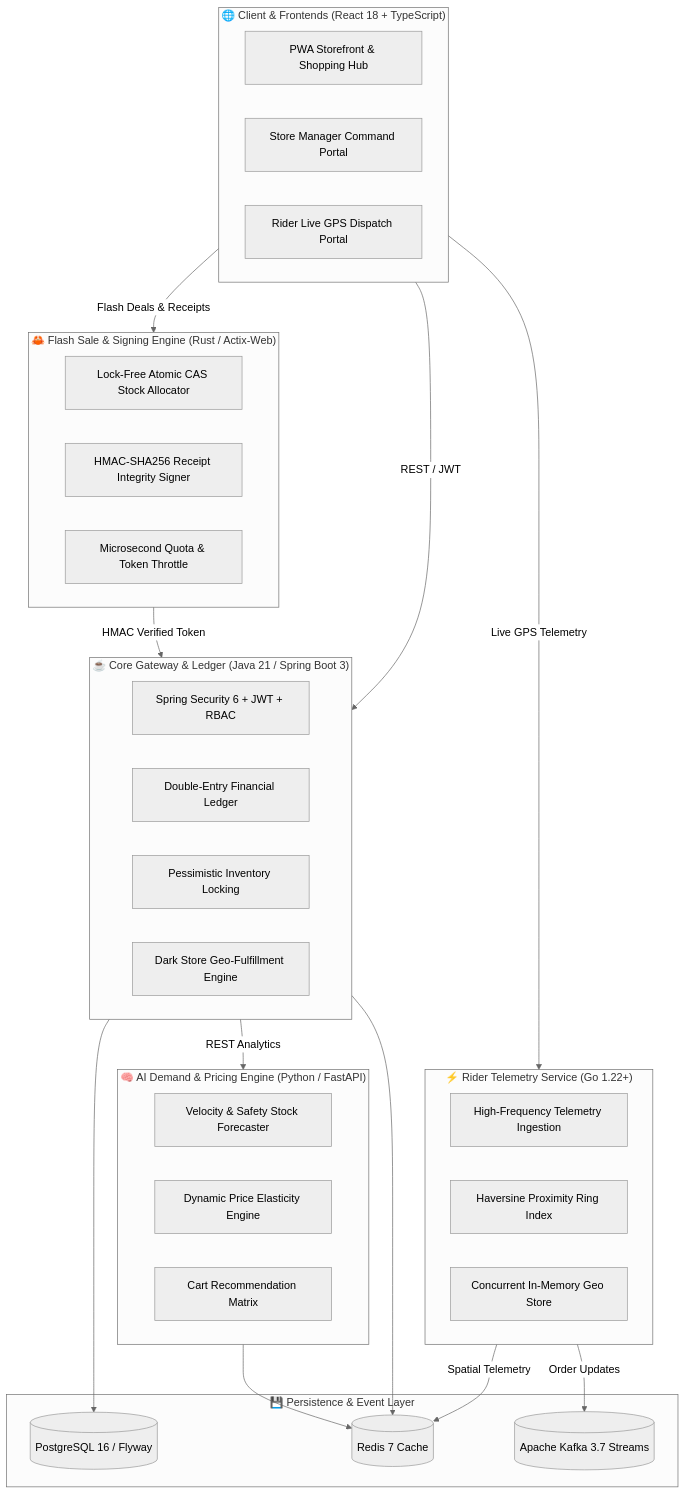
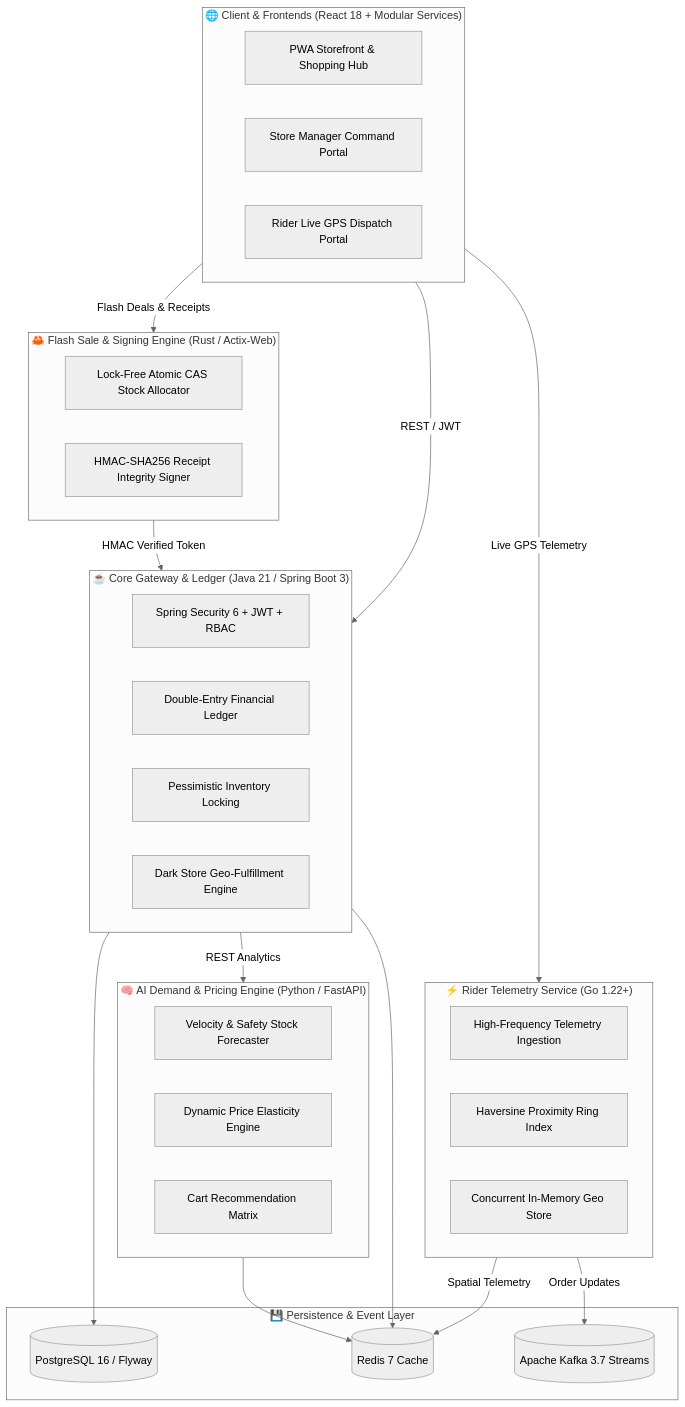
The diagram in README.md (riya292100/new), drawn with Mermaid (neutral theme) before and after one commit. The commit also changed other lines of this file and 82 other files, not shown here.

Commit message:
feat: complete monorepo production remediation, error handler, modular services, health probes, and documentation

````diff
--- a/README.md
+++ b/README.md
@@ -141,50 +166,49 @@
 ```mermaid
 flowchart TD
-    subgraph ClientLayer["🌐 Client & Frontends (React 18 + TypeScript)"]
+    subgraph ClientLayer["🌐 Client & Frontends (React 18 + Modular Services)"]
         PWA["PWA Storefront & Shopping Hub"]
         AdminPortal["Store Manager Command Portal"]
         DriverApp["Rider Live GPS Dispatch Portal"]
     end
 
     subgraph CoreBackend["☕ Core Gateway & Ledger (Java 21 / Spring Boot 3)"]
         Security["Spring Security 6 + JWT + RBAC"]
         Ledger["Double-Entry Financial Ledger"]
         Inventory["Pessimistic Inventory Locking"]
         StoreFulfillment["Dark Store Geo-Fulfillment Engine"]
     end
 
     subgraph RustFlashSaleService["🦀 Flash Sale & Signing Engine (Rust / Actix-Web)"]
         CASAllocator["Lock-Free Atomic CAS Stock Allocator"]
         HMACSigner["HMAC-SHA256 Receipt Integrity Signer"]
-        RateLimiter["Microsecond Quota & Token Throttle"]
     end
 
     subgraph PythonAIService["🧠 AI Demand & Pricing Engine (Python / FastAPI)"]
         DemandML["Velocity & Safety Stock Forecaster"]
         SurgeOptimizer["Dynamic Price Elasticity Engine"]
         CoOccurrenceGraph["Cart Recommendation Matrix"]
     end
 
     subgraph GoTelemetryService["⚡ Rider Telemetry Service (Go 1.22+)"]
         GPSIngestion["High-Frequency Telemetry Ingestion"]
         SpatialRingFinder["Haversine Proximity Ring Index"]
         RiderTracker["Concurrent In-Memory Geo Store"]
     end
 
     subgraph DataPersistence["💾 Persistence & Event Layer"]
         Postgres[(PostgreSQL 16 / Flyway)]
         Redis[(Redis 7 Cache)]
         Kafka[(Apache Kafka 3.7 Streams)]
     end
 
     ClientLayer -->|REST / JWT| CoreBackend
     ClientLayer -->|Flash Deals & Receipts| RustFlashSaleService
     ClientLayer -->|Live GPS Telemetry| GoTelemetryService
     CoreBackend -->|REST Analytics| PythonAIService
     RustFlashSaleService -->|HMAC Verified Token| CoreBackend
     GoTelemetryService -->|Spatial Telemetry| Redis
     GoTelemetryService -->|Order Updates| Kafka
     CoreBackend --> Postgres
     CoreBackend --> Redis
     PythonAIService --> Redis
 ```
````
